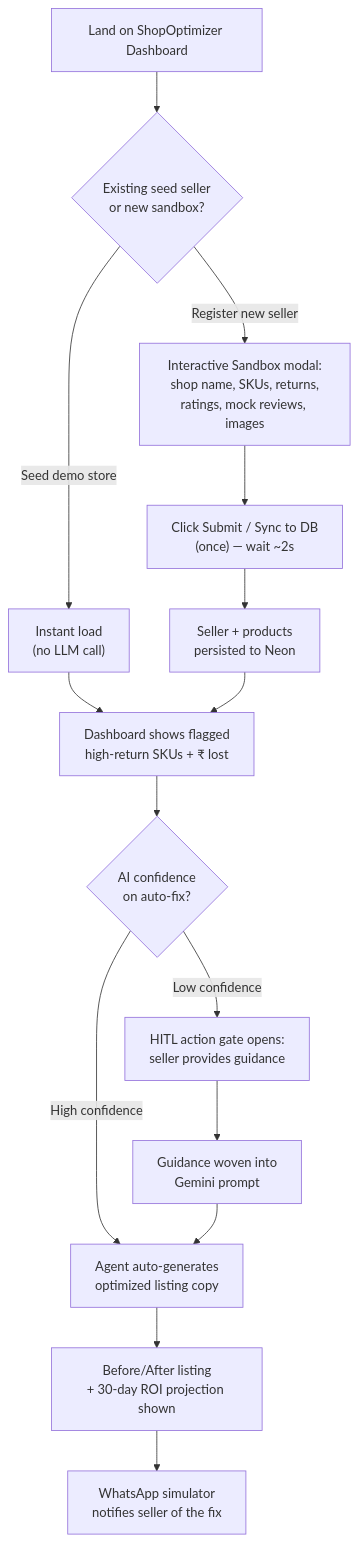
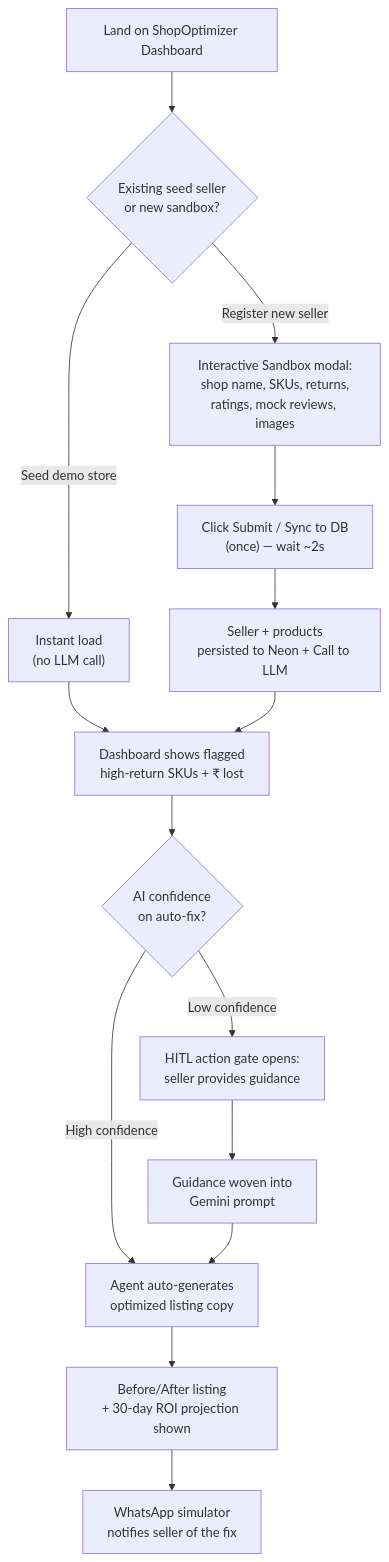
Before and after one commit to simrandhirwani/amplify: the second of 2 diagrams in README.md, drawn with Mermaid.

Commit message:
update Application Flow

````diff
--- a/README.md
+++ b/README.md
@@ -98,17 +98,17 @@
 ```mermaid
 flowchart TD
     A["Land on ShopOptimizer Dashboard"] --> B{"Existing seed seller\nor new sandbox?"}
     B -- "Seed demo store" --> C["Instant load\n(no LLM call)"]
     B -- "Register new seller" --> D["Interactive Sandbox modal:\nshop name, SKUs, returns,\nratings, mock reviews, images"]
     D --> E["Click Submit / Sync to DB\n(once) — wait ~2s"]
-    E --> F["Seller + products\npersisted to Neon"]
+    E --> F["Seller + products\npersisted to Neon + Call to LLM "]
     C --> G["Dashboard shows flagged\nhigh-return SKUs + ₹ lost"]
     F --> G
     G --> H{"AI confidence\non auto-fix?"}
     H -- "High confidence" --> I["Agent auto-generates\noptimized listing copy"]
     H -- "Low confidence" --> J["HITL action gate opens:\nseller provides guidance"]
     J --> K["Guidance woven into\nGemini prompt"]
     K --> I
     I --> L["Before/After listing\n+ 30-day ROI projection shown"]
     L --> M["WhatsApp simulator\nnotifies seller of the fix"]
 ```
````
